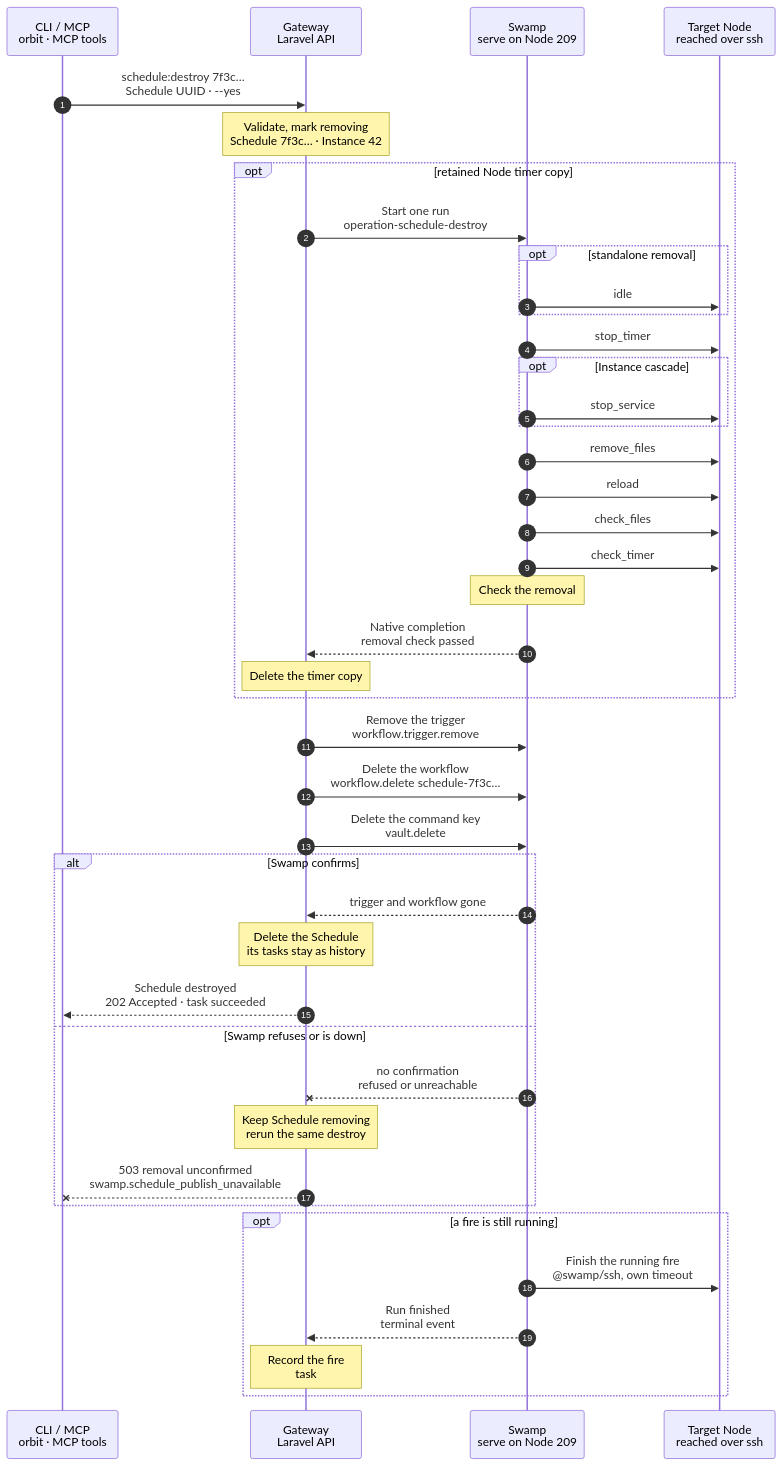
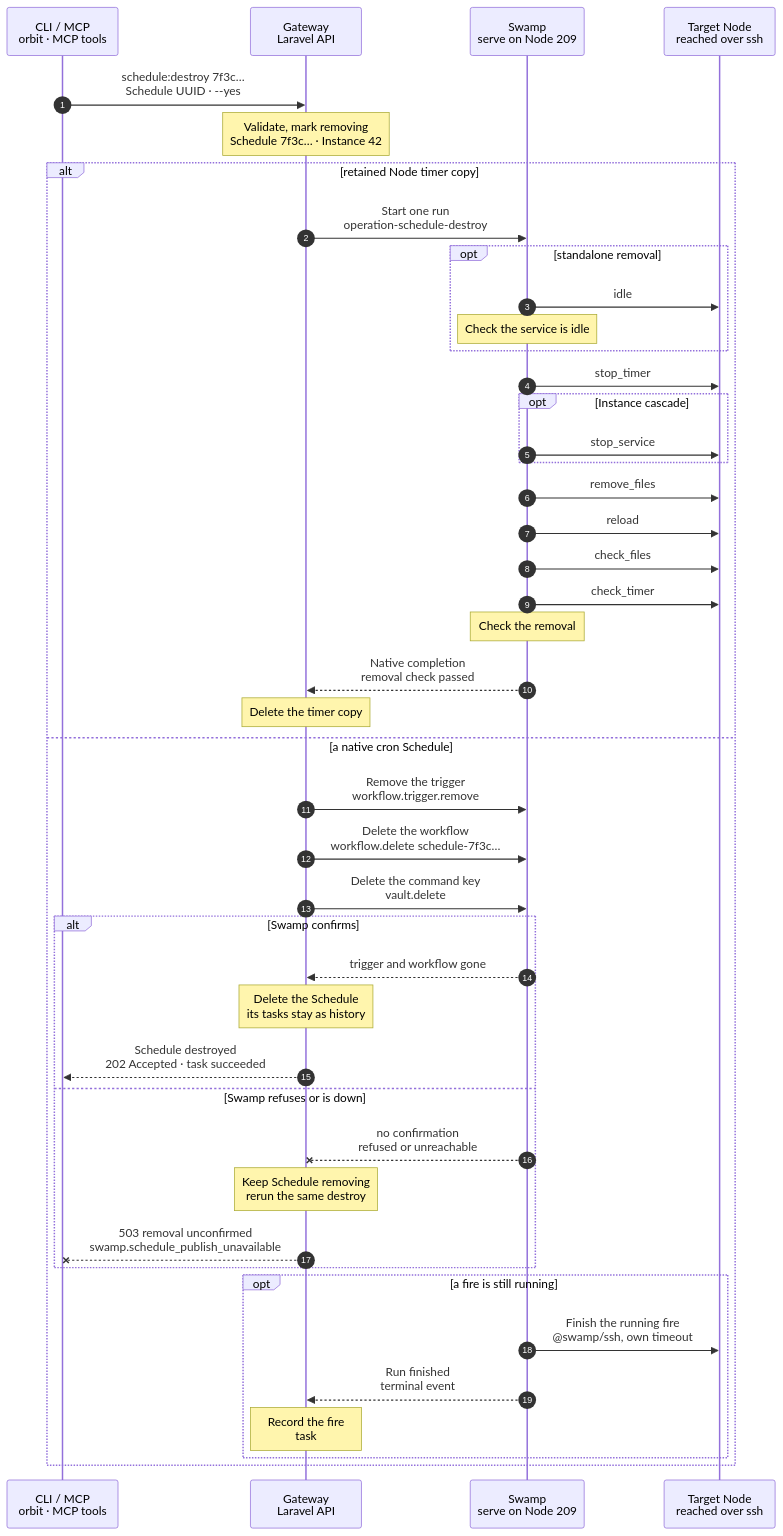
One commit to hardimpactdev/orbit changed the diagram in docs/cli/schedule/destroy.mmd. Above: the diagram before and after it, drawn with Mermaid. The commit also changed 2 other files, not shown here.

Commit message:
fix(schedules): refuse transitional services before removing timers
Chart step | Workflow steps
Standalone idle check | idle, Check the service is idle

Official SSH returns the systemd state. Native assert preserves the previous inactive/failed/unknown allowlist; activating and deactivating share exit 3 with inactive and must still refuse before writes.

```diff
--- a/docs/cli/schedule/destroy.mmd
+++ b/docs/cli/schedule/destroy.mmd
@@ -1,121 +1,125 @@
 sequenceDiagram
   %% Target design: ADR 0244 native Swamp schedules, one Swamp workflow per Schedule (Nick 2026-11-02), nothing installed on Nodes; R1-R3.
   %% status: migrated
   %% command: schedule:destroy
   %% kind: schedule.destroy
   autonumber
   %% lane CLI icon=terminal pill=caller tone=gray
   %% lane GW icon=gateway pill=intent tone=blue
   %% lane SW icon=workflow pill=executes tone=green
   %% lane N icon=server pill=target tone=amber
   participant CLI as CLI / MCP<br/>orbit · MCP tools
   participant GW as Gateway<br/>Laravel API
   participant SW as Swamp<br/>serve on Node 209
   participant N as Target Node<br/>reached over ssh
   CLI->>GW: schedule:destroy 7f3c…<br/>Schedule UUID · --yes
   %%> Command:
   %%> - `orbit schedule:destroy 7f3c9a2e-41d0-4b8a-9c11-2f6e0d5b7a10 --yes`
   %%> - syntax: `<schedule> [--project=ID] [--yes] [--idempotency-key=KEY] [--json]`
   %%> Input:
   %%> - the UUID of the Schedule, or a definition name with `--project`
   %%> Confirmation:
   %%> - without `--yes`, the CLI asks first; the default is No
   %%> - without a terminal, or with `--json`, `--yes` is required
   %%> With `--project`:
   %%> - only the Project Schedule definition is deleted (R1); Instance copies stay
   Note over GW: Validate, mark removing<br/>Schedule 7f3c… · Instance 42
   %%> Requirements:
   %%> - your Node has an access grant to Node 12, which runs Instance 42
   %%> - Schedule 7f3c… exists; a failed or disabled Schedule can be destroyed too
   %%> Result:
   %%> - Schedule 7f3c… is marked removing; its trigger and workflow are removed next
   %%> - there is no Node work, so no run starts (R1)
   %%> Not refused:
   %%> - a running fire no longer blocks destroy; `schedule.run_active` is gone
-  opt retained Node timer copy
+  alt retained Node timer copy
     GW->>SW: Start one run<br/>operation-schedule-destroy
     opt standalone removal
       SW->>N: idle
       %%> What it does:
-      %%> - one bounded SSH argv checks the service state; an active service refuses removal before mutation
+      %%> - one bounded SSH argv reads the service state
+      Note over SW: Check the service is idle
+      %%> What it does:
+      %%> - native assert accepts inactive, failed or unknown; active and transitional states refuse removal before mutation
     end
     SW->>N: stop_timer
     %%> What it does:
     %%> - official systemd stops and disables the timer
     opt Instance cascade
       SW->>N: stop_service
       %%> What it does:
       %%> - official systemd stops the running service; standalone removal skips this step
     end
     SW->>N: remove_files
     %%> What it does:
     %%> - official file resources remove four managed paths in parallel
     SW->>N: reload
     %%> What it does:
     %%> - one bounded SSH argv reloads systemd after file removal
     SW->>N: check_files
     %%> What it does:
     %%> - official file checks confirm all four paths are absent, in parallel with the timer check
     SW->>N: check_timer
     %%> What it does:
     %%> - official systemd checks the timer is stopped and disabled
     Note over SW: Check the removal
     %%> What it does:
     %%> - native assert requires absent files and a compliant, unloaded timer
     SW-->>GW: Native completion<br/>removal check passed
     Note over GW: Delete the timer copy
     %%> Result:
     %%> - delete only after success; failure keeps the copy recorded as removing
-  end
-  GW->>SW: Remove the trigger<br/>workflow.trigger.remove
+  else a native cron Schedule
+    GW->>SW: Remove the trigger<br/>workflow.trigger.remove
   %%> What it does:
   %%> - removes the cron trigger of `schedule-7f3c…` from serve (Node 209); serve starts no new fire
   %%> - removing a trigger that is gone is safe, so a disabled Schedule takes the same path
   GW->>SW: Delete the workflow<br/>workflow.delete schedule-7f3c…
   %%> What it does:
   %%> - deletes the Schedule's own workflow from serve
   %%> - a fire that already started keeps running from its own copy
   GW->>SW: Delete the command key<br/>vault.delete
   %%> What it does:
   %%> - deletes the Schedule command key after its trigger and workflow
   alt Swamp confirms
     SW-->>GW: trigger and workflow gone
     %%> Returns:
     %%> - serve starts no new fire for Schedule 7f3c…
     Note over GW: Delete the Schedule<br/>its tasks stay as history
     %%> Result:
     %%> - Schedule 7f3c…'s record is deleted
     %%> - its tasks stay, so past fires remain visible
     %%> - task #5141 is recorded as succeeded at once (R1)
     %%> Vault key:
     %%> - the command's vault key is deleted; a fire that already started read it when it began
     GW-->>CLI: Schedule destroyed<br/>202 Accepted · task succeeded
     %%> What you get:
     %%> - the result at once; there is nothing to follow
   else Swamp refuses or is down
     SW--xGW: no confirmation<br/>refused or unreachable
     %%> When:
     %%> - serve on 209 does not answer
     Note over GW: Keep Schedule removing<br/>rerun the same destroy
     %%> Result:
     %%> - Schedule 7f3c… stays recorded, marked removing
     %%> - the trigger or the workflow may still be set; a fire it starts still runs and is recorded as a task
     %%> Retry:
     %%> - run the same command again; removing a trigger or workflow that is gone is safe
     GW--xCLI: 503 removal unconfirmed<br/>swamp.schedule_publish_unavailable
     %%> Returns:
     %%> - the error code; the Schedule stays removing
   end
   opt a fire is still running
     SW->>N: Finish the running fire<br/>@swamp/ssh, own timeout
     %%> What it does:
     %%> - the fire that already started runs to its end, within the Schedule's timeout
     %%> Why:
     %%> - stopping a command halfway can leave the application in a worse state
     SW-->>GW: Run finished<br/>terminal event
     %%> How the Gateway learns it:
     %%> - its shared run reader sees the terminal event; Swamp never calls the Gateway
     Note over GW: Record the fire<br/>task #5139 · trigger: schedule
     %%> Result:
     %%> - the fire's task, recorded when it started, gets its result, although the Schedule is gone
   end
+  end
```
